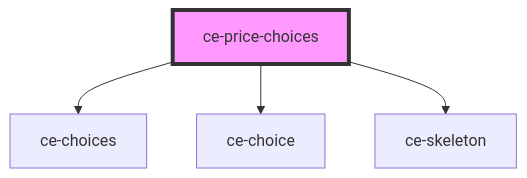
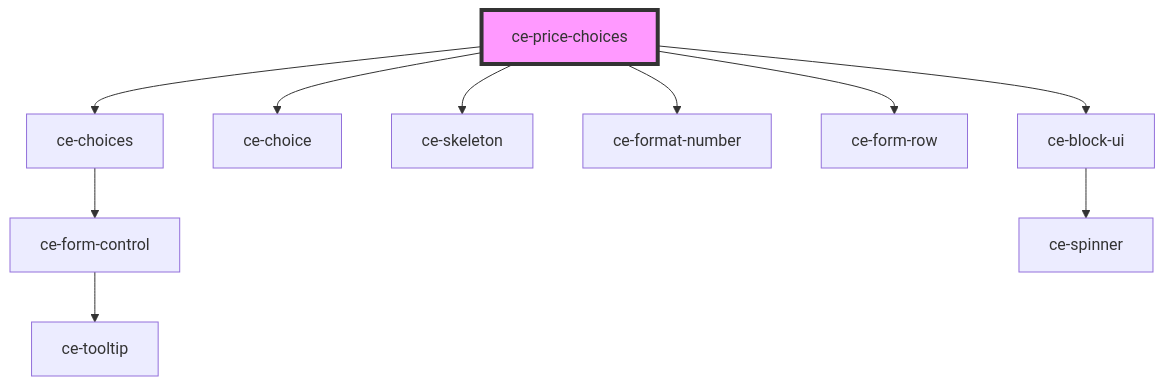
The diagram in packages/components/src/components/controllers/price-chooser/readme.md (surecart/surecart-wp-plugin), drawn with Mermaid before and after one commit. The commit also changed other lines of this file and 150 other files, not shown here.

````diff
--- a/packages/components/src/components/controllers/price-chooser/readme.md
+++ b/packages/components/src/components/controllers/price-chooser/readme.md
@@ -37,7 +45,13 @@
 ```mermaid
 graph TD;
   ce-price-choices --> ce-choices
   ce-price-choices --> ce-choice
   ce-price-choices --> ce-skeleton
+  ce-price-choices --> ce-format-number
+  ce-price-choices --> ce-form-row
+  ce-price-choices --> ce-block-ui
+  ce-choices --> ce-form-control
+  ce-form-control --> ce-tooltip
+  ce-block-ui --> ce-spinner
   style ce-price-choices fill:#f9f,stroke:#333,stroke-width:4px
 ```
````
